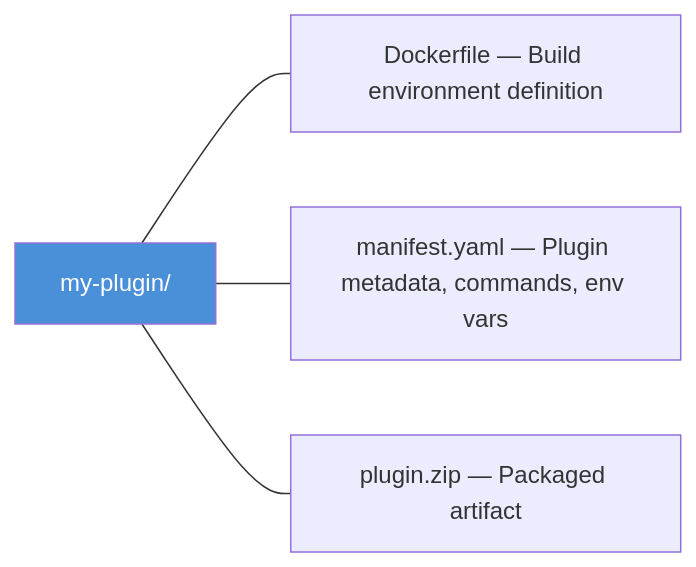
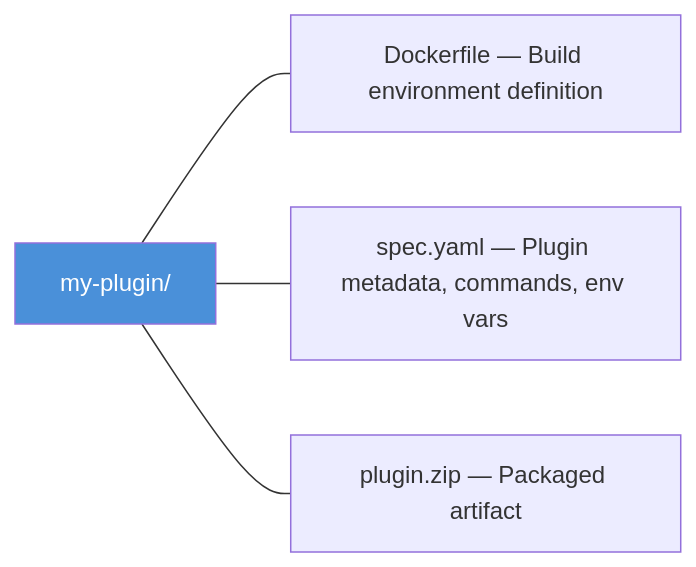
One commit to mwashburn160/pipeline-builder changed the second of 2 diagrams in docs/plugins/README.md. Above: the diagram before and after it, drawn with Mermaid. The commit also changed other lines of this file and 475 other files, not shown here.

````diff
--- a/docs/plugins/README.md
+++ b/docs/plugins/README.md
@@ -320,9 +320,9 @@
 ```mermaid
 graph LR
     ROOT["my-plugin/"]
     ROOT --- A["Dockerfile — Build environment definition"]
-    ROOT --- B["manifest.yaml — Plugin metadata, commands, env vars"]
+    ROOT --- B["spec.yaml — Plugin metadata, commands, env vars"]
     ROOT --- C["plugin.zip — Packaged artifact"]
 
     style ROOT fill:#4A90D9,color:#fff
 ```
````
